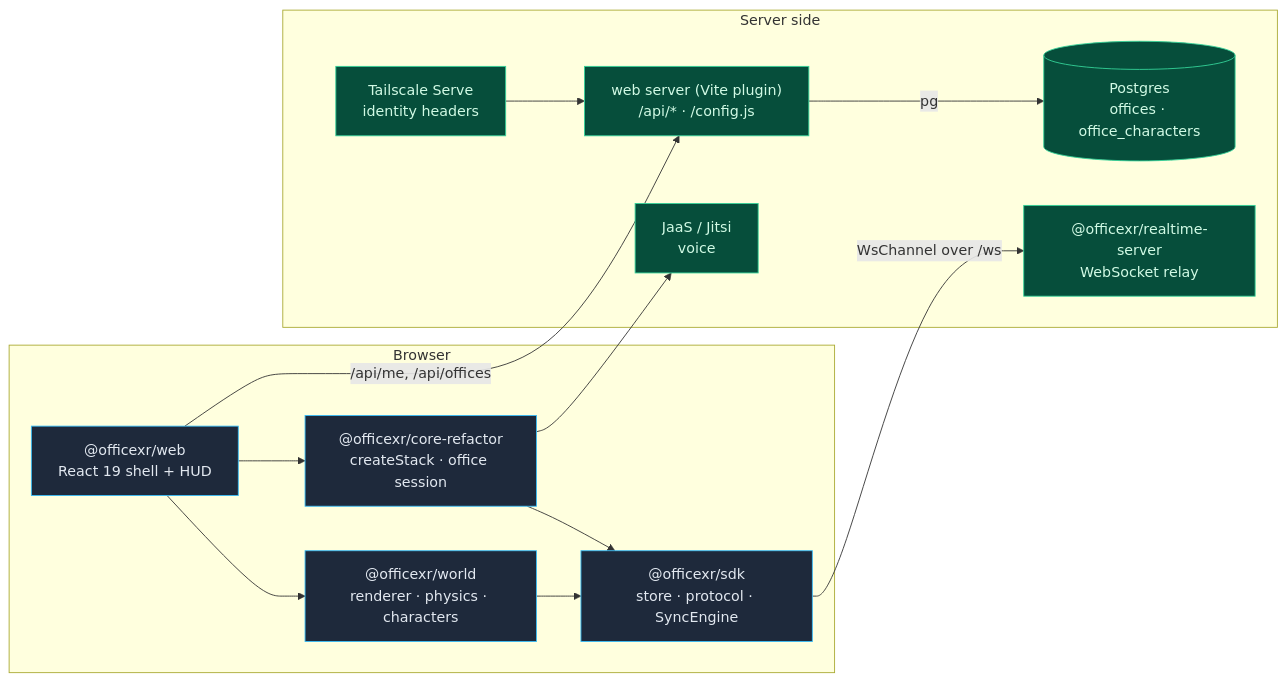
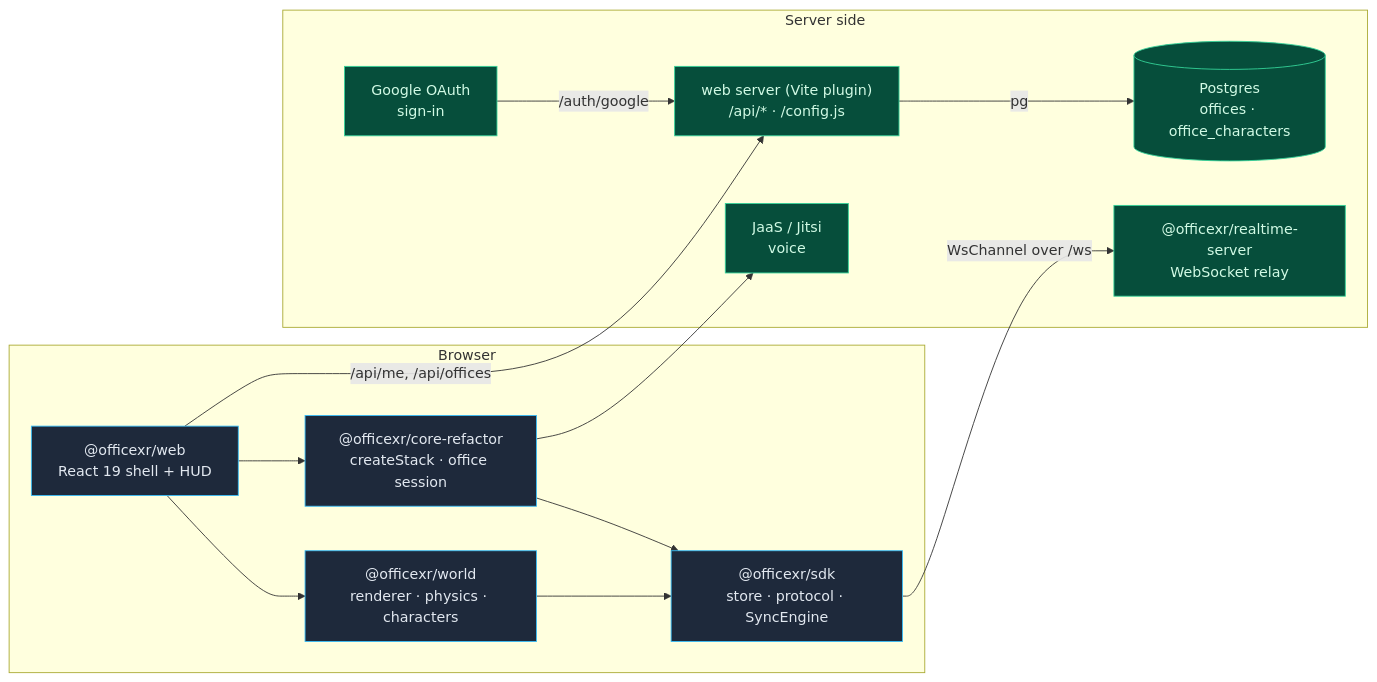
One commit to ryscheng/officexr changed the first of 2 diagrams in ARCHITECTURE.md. Above: the diagram before and after it, drawn with Mermaid. The commit also changed other lines of this file and 8 other files, not shown here.

First line of the commit message:
Add Google sign-in screen and sign-out to the web app

````diff
--- a/ARCHITECTURE.md
+++ b/ARCHITECTURE.md
@@ -15,33 +15,33 @@
 ```mermaid
 flowchart LR
     subgraph Browser["Browser"]
         WebApp["@officexr/web<br/>React 19 shell + HUD"]
         World["@officexr/world<br/>renderer · physics · characters"]
         Session["@officexr/core-refactor<br/>createStack · office session"]
         SDK["@officexr/sdk<br/>store · protocol · SyncEngine"]
     end
 
     subgraph Server["Server side"]
-        Tailscale["Tailscale Serve<br/>identity headers"]
+        Google["Google OAuth<br/>sign-in"]
         WebServer["web server (Vite plugin)<br/>/api/* · /config.js"]
         Realtime["@officexr/realtime-server<br/>WebSocket relay"]
         PG[("Postgres<br/>offices · office_characters")]
         JaaS["JaaS / Jitsi<br/>voice"]
     end
 
     WebApp --> World
     WebApp --> Session
     Session --> SDK
     World --> SDK
 
-    Tailscale --> WebServer
+    Google -- "/auth/google" --> WebServer
     WebApp -- "/api/me, /api/offices" --> WebServer
     WebServer -- "pg" --> PG
     SDK -- "WsChannel over /ws" --> Realtime
     Session --> JaaS
 
     classDef client fill:#1e293b,stroke:#38bdf8,color:#e2e8f0
     classDef svc fill:#064e3b,stroke:#34d399,color:#d1fae5
     class WebApp,World,Session,SDK client
-    class Tailscale,WebServer,Realtime,PG,JaaS svc
+    class Google,WebServer,Realtime,PG,JaaS svc
 ```
````
